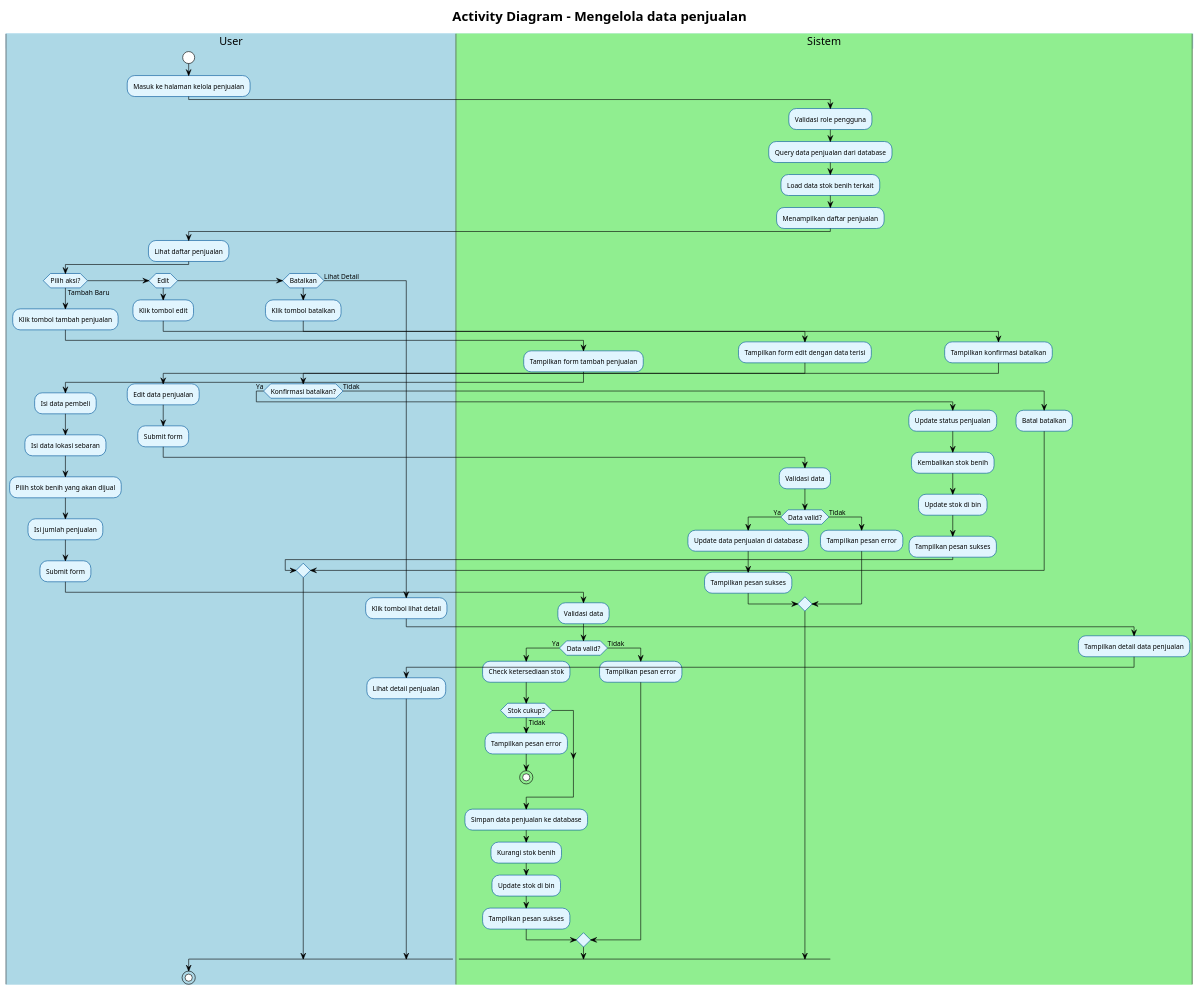
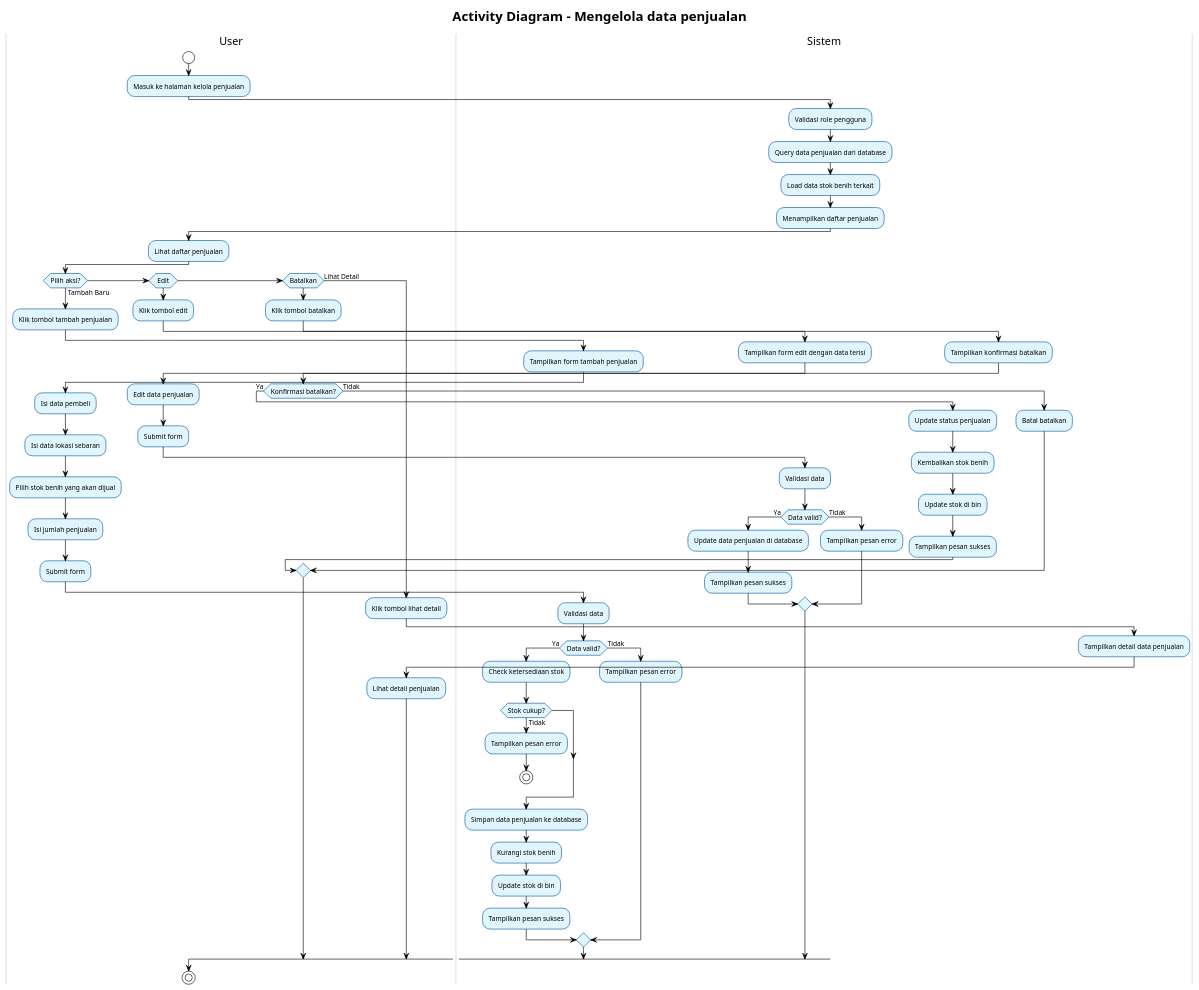
One commit to Rifkiwastaken/example-app changed the diagram in uml/activity/Activity new/17_kelola_data_penjualan.puml. Above: the diagram before and after it, drawn with PlantUML. The commit also changed 441 other files, not shown here.

```diff
--- a/uml/activity/Activity new/17_kelola_data_penjualan.puml
+++ b/uml/activity/Activity new/17_kelola_data_penjualan.puml
@@ -1,101 +1,102 @@
 @startuml
 ' Referensi: Use Case Overview (00_use_case_overview.puml)
 ' Use case 17: Mengelola data penjualan
 ' Aktor: Admin/Kepala Sek, Petugas BBI
 !theme plain
+skinparam backgroundColor white
 skinparam activity {
     BackgroundColor #E1F5FE
     BorderColor #01579B
     FontSize 11
 }
 skinparam swimlane {
-    BackgroundColor #F5F5F5
-    BorderColor #424242
-    TitleBackgroundColor #BBDEFB
-    TitleBorderColor #1976D2
+    BackgroundColor White
+    BorderColor #CCCCCC
+    TitleBackgroundColor White
+    TitleBorderColor #999999
 }
 
 title Activity Diagram - Mengelola data penjualan
 
-|#LightBlue|User|
+|#White|User|
 start
 :Masuk ke halaman kelola penjualan;
 
-|#LightGreen|Sistem|
+|#White|Sistem|
 :Validasi role pengguna;
 :Query data penjualan dari database;
 :Load data stok benih terkait;
 :Menampilkan daftar penjualan;
 
-|#LightBlue|User|
+|#White|User|
 :Lihat daftar penjualan;
 
 if (Pilih aksi?) then (Tambah Baru)
-    |#LightBlue|User|
+    |#White|User|
     :Klik tombol tambah penjualan;
-    |#LightGreen|Sistem|
+    |#White|Sistem|
     :Tampilkan form tambah penjualan;
-    |#LightBlue|User|
+    |#White|User|
     :Isi data pembeli;
     :Isi data lokasi sebaran;
     :Pilih stok benih yang akan dijual;
     :Isi jumlah penjualan;
     :Submit form;
-    |#LightGreen|Sistem|
+    |#White|Sistem|
     :Validasi data;
     if (Data valid?) then (Ya)
         :Check ketersediaan stok;
         if (Stok cukup?) then (Tidak)
             :Tampilkan pesan error;
             stop
         endif
         :Simpan data penjualan ke database;
         :Kurangi stok benih;
         :Update stok di bin;
         :Tampilkan pesan sukses;
     else (Tidak)
         :Tampilkan pesan error;
     endif
 elseif (Edit) then
-    |#LightBlue|User|
+    |#White|User|
     :Klik tombol edit;
-    |#LightGreen|Sistem|
+    |#White|Sistem|
     :Tampilkan form edit dengan data terisi;
-    |#LightBlue|User|
+    |#White|User|
     :Edit data penjualan;
     :Submit form;
-    |#LightGreen|Sistem|
+    |#White|Sistem|
     :Validasi data;
     if (Data valid?) then (Ya)
         :Update data penjualan di database;
         :Tampilkan pesan sukses;
     else (Tidak)
         :Tampilkan pesan error;
     endif
 elseif (Batalkan) then
-    |#LightBlue|User|
+    |#White|User|
     :Klik tombol batalkan;
-    |#LightGreen|Sistem|
+    |#White|Sistem|
     :Tampilkan konfirmasi batalkan;
-    |#LightBlue|User|
+    |#White|User|
     if (Konfirmasi batalkan?) then (Ya)
-        |#LightGreen|Sistem|
+        |#White|Sistem|
         :Update status penjualan;
         :Kembalikan stok benih;
         :Update stok di bin;
         :Tampilkan pesan sukses;
     else (Tidak)
         :Batal batalkan;
     endif
 else (Lihat Detail)
-    |#LightBlue|User|
+    |#White|User|
     :Klik tombol lihat detail;
-    |#LightGreen|Sistem|
+    |#White|Sistem|
     :Tampilkan detail data penjualan;
-    |#LightBlue|User|
+    |#White|User|
     :Lihat detail penjualan;
 endif
 
 stop
 
 @enduml
```
